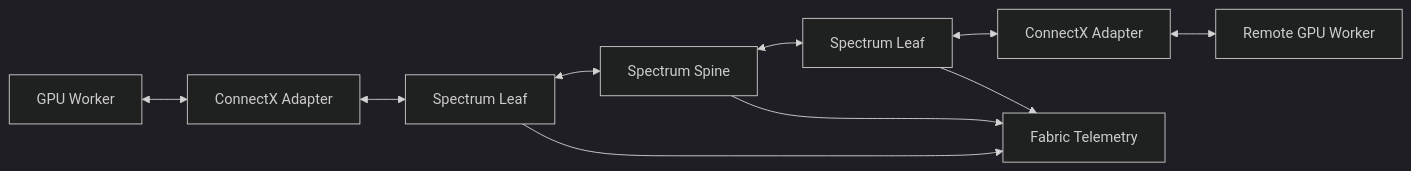
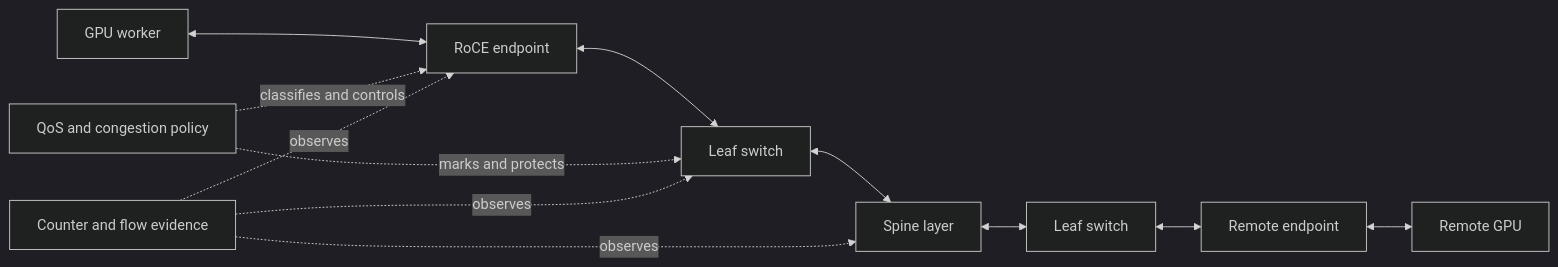
The diagram in docs/nvidia-zero-to-hero/volume-09/index.md (jithinpnjm/nvidia-devops), drawn with Mermaid (dark theme) before and after one commit. The commit also changed other lines of this file, not shown here.

````diff
--- a/docs/nvidia-zero-to-hero/volume-09/index.md
+++ b/docs/nvidia-zero-to-hero/volume-09/index.md
@@ -28,16 +34,19 @@
 ```mermaid
 flowchart LR
-    GPU0[GPU Worker]
-    NIC0[ConnectX Adapter]
-    Leaf0[Spectrum Leaf]
-    Spine[Spectrum Spine]
-    Leaf1[Spectrum Leaf]
-    NIC1[ConnectX Adapter]
-    GPU1[Remote GPU Worker]
-    Telemetry[Fabric Telemetry]
+    GPU0[GPU worker]
+    NIC0[RoCE endpoint]
+    Leaf0[Leaf switch]
+    Spine[Spine layer]
+    Leaf1[Leaf switch]
+    NIC1[Remote endpoint]
+    GPU1[Remote GPU]
+    Policy[QoS and congestion policy]
+    Telemetry[Counter and flow evidence]
 
     GPU0 <--> NIC0 <--> Leaf0 <--> Spine <--> Leaf1 <--> NIC1 <--> GPU1
-    Leaf0 --> Telemetry
-    Spine --> Telemetry
-    Leaf1 --> Telemetry
+    Policy -. classifies and controls .-> NIC0
+    Policy -. marks and protects .-> Leaf0
+    Telemetry -. observes .-> NIC0
+    Telemetry -. observes .-> Leaf0
+    Telemetry -. observes .-> Spine
 ```
````
